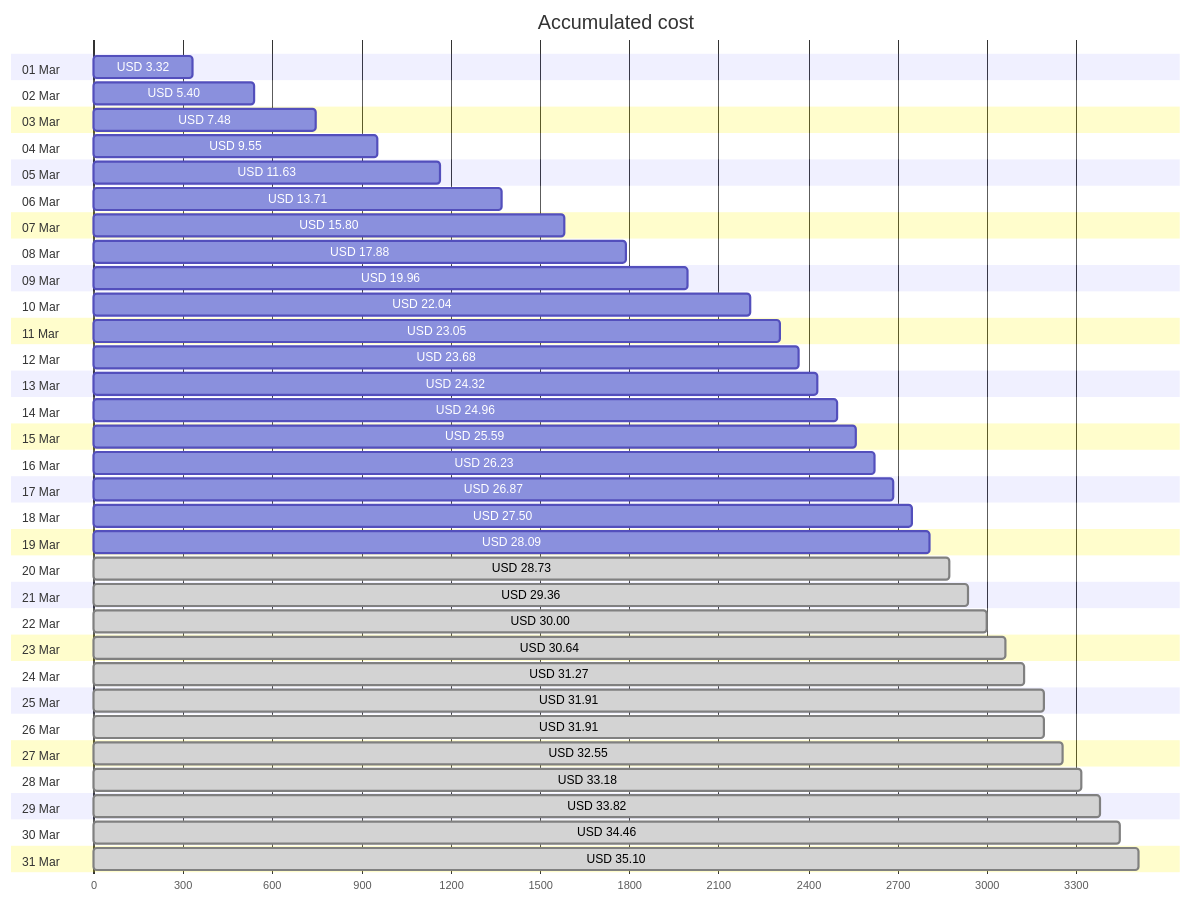
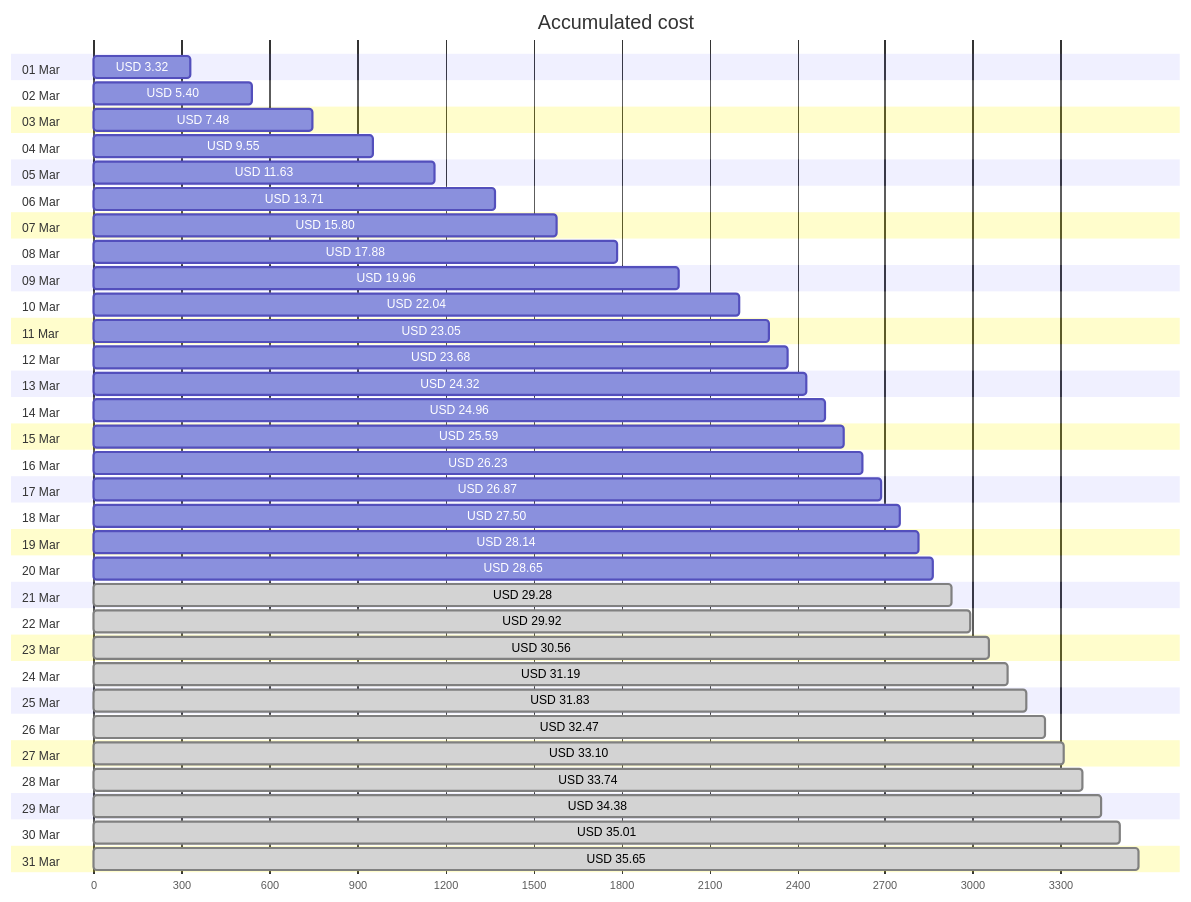
Before and after one commit to jpfulton/azure-personal-reports: the first of 4 diagrams in cost-reports/accumulated-cost.md, drawn with Mermaid. The commit also changed other lines of this file and 4 other files, not shown here.

````diff
--- a/cost-reports/accumulated-cost.md
+++ b/cost-reports/accumulated-cost.md
@@ -20,68 +20,68 @@
 ```mermaid
 gantt
    title Accumulated cost
    dateFormat  X
    axisFormat %s
    section 01 Mar
    USD 3.32 :0, 332
    section 02 Mar
    USD 5.40 :0, 540
    section 03 Mar
    USD 7.48 :0, 748
    section 04 Mar
    USD 9.55 :0, 955
    section 05 Mar
    USD 11.63 :0, 1163
    section 06 Mar
    USD 13.71 :0, 1371
    section 07 Mar
    USD 15.80 :0, 1580
    section 08 Mar
    USD 17.88 :0, 1788
    section 09 Mar
    USD 19.96 :0, 1996
    section 10 Mar
    USD 22.04 :0, 2204
    section 11 Mar
    USD 23.05 :0, 2305
    section 12 Mar
    USD 23.68 :0, 2368
    section 13 Mar
    USD 24.32 :0, 2432
    section 14 Mar
    USD 24.96 :0, 2496
    section 15 Mar
    USD 25.59 :0, 2559
    section 16 Mar
    USD 26.23 :0, 2623
    section 17 Mar
    USD 26.87 :0, 2687
    section 18 Mar
    USD 27.50 :0, 2750
    section 19 Mar
-   USD 28.09 :0, 2809
+   USD 28.14 :0, 2814
    section 20 Mar
-   USD 28.73 : done, 0, 2873
+   USD 28.65 :0, 2865
    section 21 Mar
-   USD 29.36 : done, 0, 2936
+   USD 29.28 : done, 0, 2928
    section 22 Mar
-   USD 30.00 : done, 0, 3000
+   USD 29.92 : done, 0, 2992
    section 23 Mar
-   USD 30.64 : done, 0, 3064
+   USD 30.56 : done, 0, 3056
    section 24 Mar
-   USD 31.27 : done, 0, 3127
+   USD 31.19 : done, 0, 3119
    section 25 Mar
-   USD 31.91 : done, 0, 3191
+   USD 31.83 : done, 0, 3183
    section 26 Mar
-   USD 31.91 : done, 0, 3191
+   USD 32.47 : done, 0, 3247
    section 27 Mar
-   USD 32.55 : done, 0, 3255
+   USD 33.10 : done, 0, 3310
    section 28 Mar
-   USD 33.18 : done, 0, 3318
+   USD 33.74 : done, 0, 3374
    section 29 Mar
-   USD 33.82 : done, 0, 3382
+   USD 34.38 : done, 0, 3438
    section 30 Mar
-   USD 34.46 : done, 0, 3446
+   USD 35.01 : done, 0, 3501
    section 31 Mar
-   USD 35.10 : done, 0, 3510
+   USD 35.65 : done, 0, 3565
 ```
````
